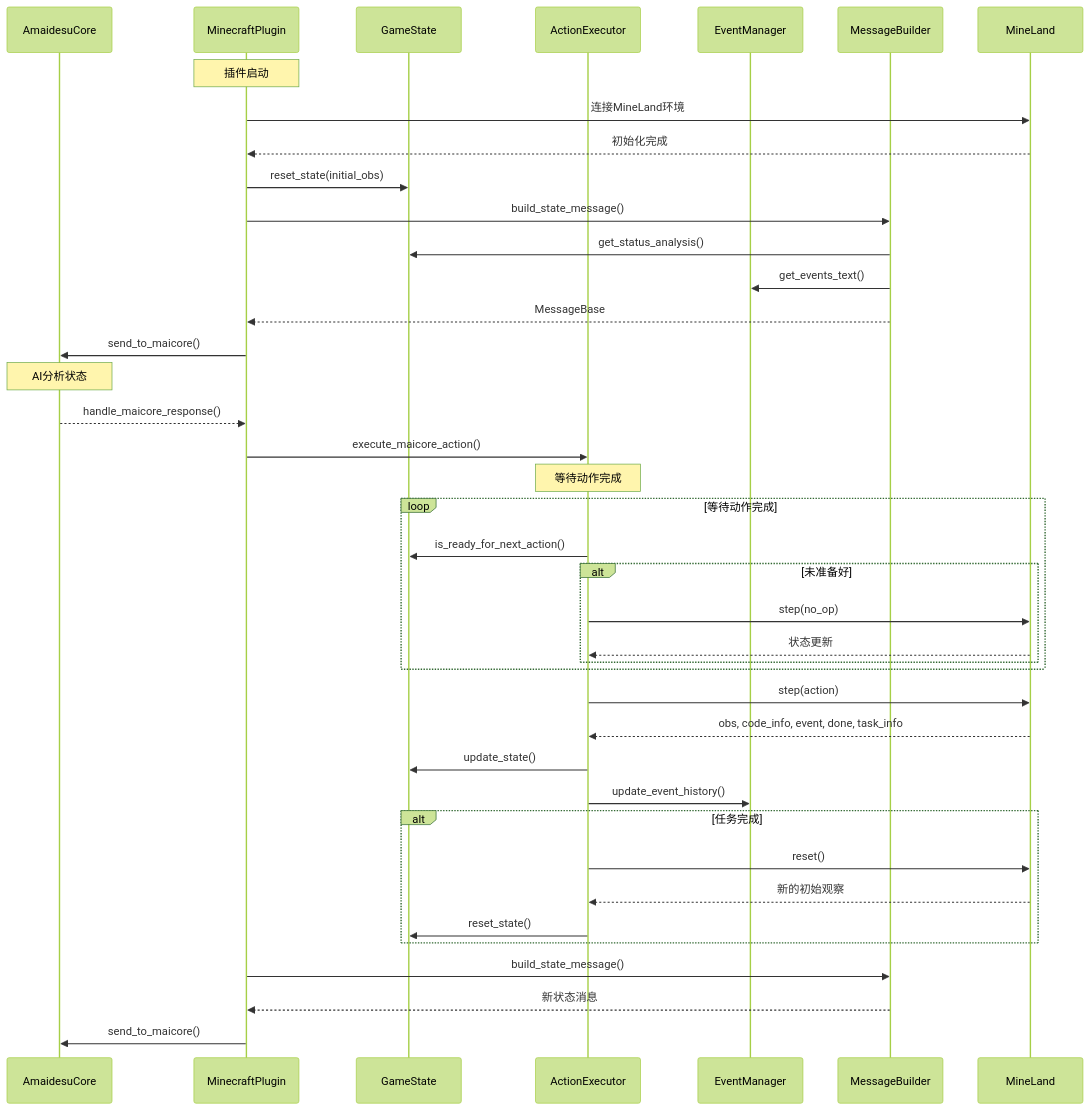
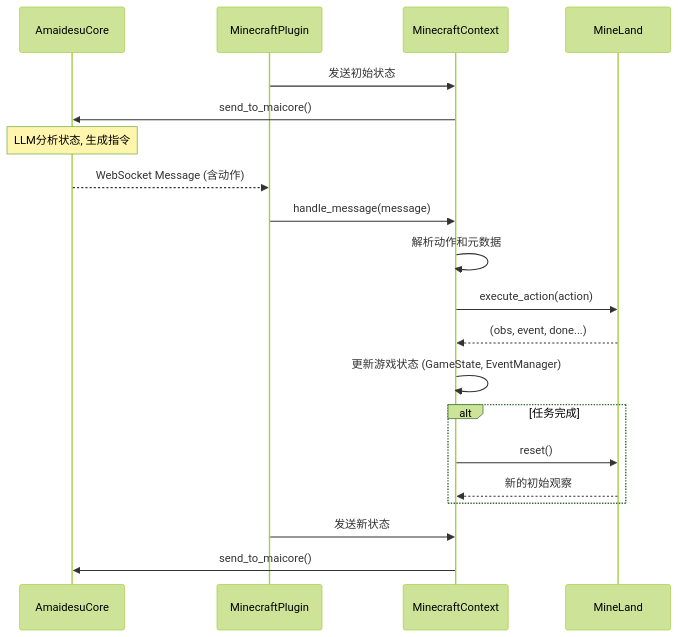
Before and after one commit to ChangingSelf/MaiBot-Vtuber: the second of 3 diagrams in src/plugins/minecraft/README.md, drawn with Mermaid (forest theme). The commit also changed other lines of this file and 10 other files, not shown here.

````diff
--- a/src/plugins/minecraft/README.md
+++ b/src/plugins/minecraft/README.md
@@ -113,48 +122,28 @@
 ```mermaid
 sequenceDiagram
     participant AC as AmaidesuCore
-    participant MP as MinecraftPlugin
-    participant GS as GameState
-    participant AE as ActionExecutor
-    participant EM as EventManager
-    participant MB as MessageBuilder
+    participant Plugin as MinecraftPlugin
+    participant Context as MinecraftContext
     participant ML as MineLand
+
+    Plugin->>Context: 发送初始状态
+    Context->>AC: send_to_maicore()
     
-    Note over MP: 插件启动
-    MP->>ML: 连接MineLand环境
-    ML-->>MP: 初始化完成
-    MP->>GS: reset_state(initial_obs)
-    MP->>MB: build_state_message()
-    MB->>GS: get_status_analysis()
-    MB->>EM: get_events_text()
-    MB-->>MP: MessageBase
-    MP->>AC: send_to_maicore()
+    Note over AC: LLM分析状态, 生成指令
+    AC-->>Plugin: WebSocket Message (含动作)
     
-    Note over AC: AI分析状态
-    AC-->>MP: handle_maicore_response()
-    MP->>AE: execute_maicore_action()
+    Plugin->>Context: handle_message(message)
+    Context->>Context: 解析动作和元数据
+    Context->>ML: execute_action(action)
+    ML-->>Context: (obs, event, done...)
     
-    Note over AE: 等待动作完成
-    loop 等待动作完成
-        AE->>GS: is_ready_for_next_action()
-        alt 未准备好
-            AE->>ML: step(no_op)
-            ML-->>AE: 状态更新
-        end
-    end
-    
-    AE->>ML: step(action)
-    ML-->>AE: obs, code_info, event, done, task_info
-    AE->>GS: update_state()
-    AE->>EM: update_event_history()
+    Context->>Context: 更新游戏状态 (GameState, EventManager)
     
     alt 任务完成
-        AE->>ML: reset()
-        ML-->>AE: 新的初始观察
-        AE->>GS: reset_state()
+        Context->>ML: reset()
+        ML-->>Context: 新的初始观察
     end
-    
-    MP->>MB: build_state_message()
-    MB-->>MP: 新状态消息
-    MP->>AC: send_to_maicore()
+
+    Plugin->>Context: 发送新状态
+    Context->>AC: send_to_maicore()
 ```
````
